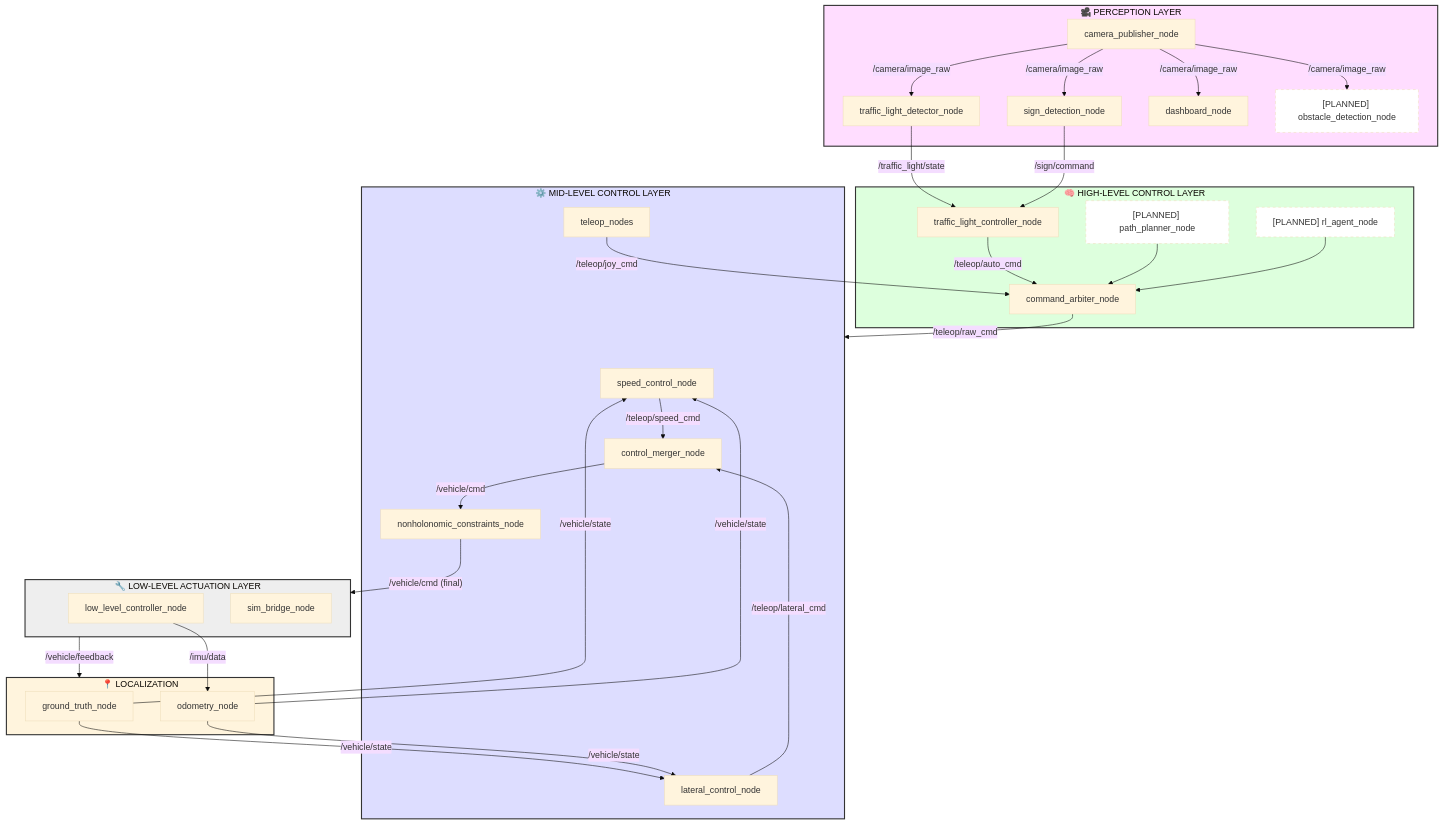
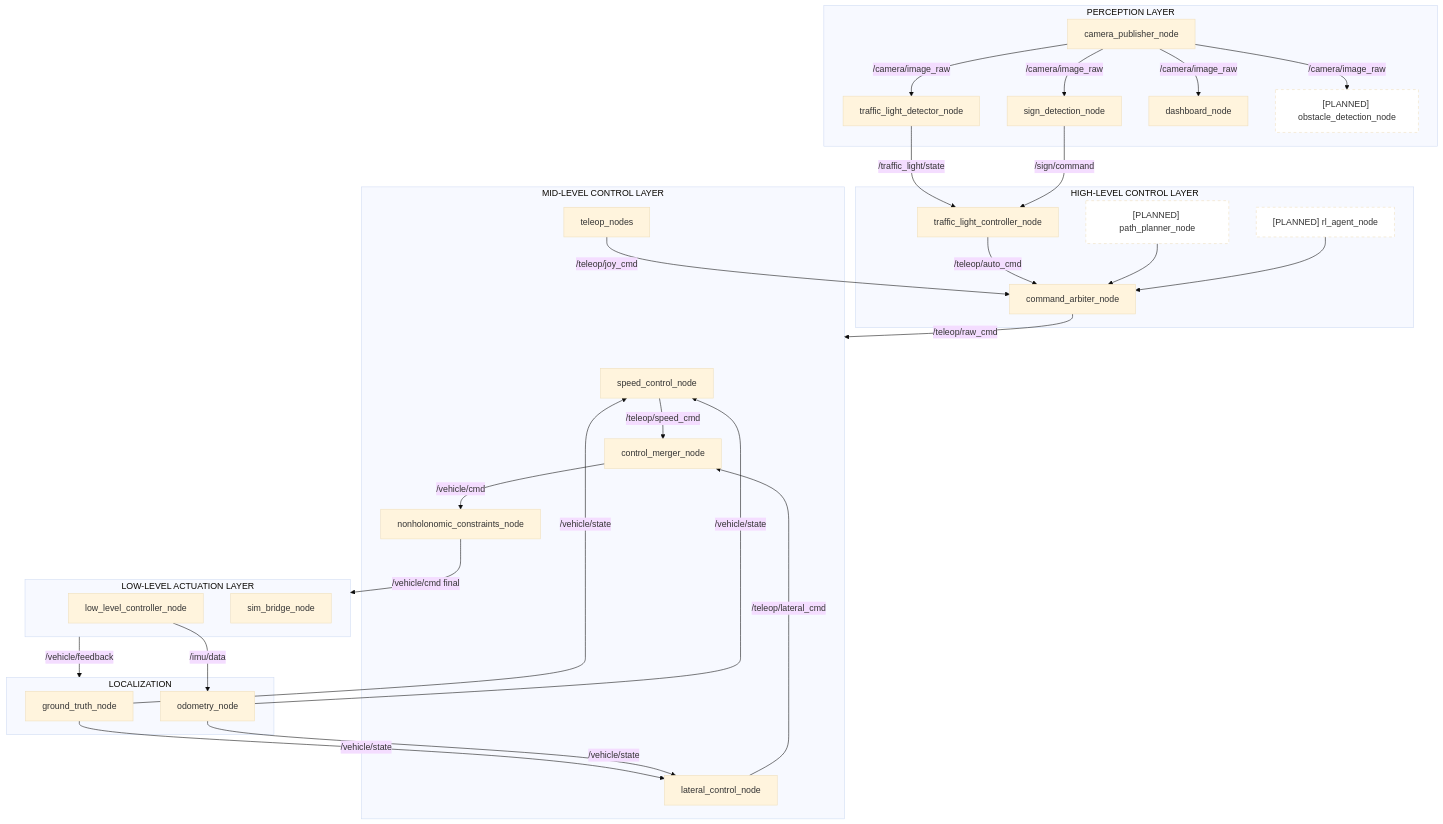
Before and after one commit to a7medm0stafa/zooba_workspace: the first of 2 diagrams in README.md, drawn with Mermaid (base theme). The commit also changed other lines of this file and 5 other files, not shown here.

````diff
--- a/README.md
+++ b/README.md
@@ -83,75 +37,67 @@
 ```mermaid
 flowchart TB
-    %% Direction: Top to Bottom
-
-    subgraph PERCEPTION ["🎥 PERCEPTION LAYER"]
-        style PERCEPTION fill:#fdf,stroke:#333,stroke-width:2px
+    subgraph PERCEPTION [PERCEPTION LAYER]
         CPN[camera_publisher_node]
         TLD[traffic_light_detector_node]
         SDN[sign_detection_node]
         DBN[dashboard_node]
         ODN["[PLANNED] obstacle_detection_node"]
         
-        CPN -- "/camera/image_raw" --> TLD
-        CPN -- "/camera/image_raw" --> SDN
-        CPN -- "/camera/image_raw" --> DBN
-        CPN -- "/camera/image_raw" --> ODN
+        CPN -->|/camera/image_raw| TLD
+        CPN -->|/camera/image_raw| SDN
+        CPN -->|/camera/image_raw| DBN
+        CPN -->|/camera/image_raw| ODN
     end
 
-    subgraph HIGH_LEVEL ["🧠 HIGH-LEVEL CONTROL LAYER"]
-        style HIGH_LEVEL fill:#dfd,stroke:#333,stroke-width:2px
+    subgraph HIGH_LEVEL [HIGH-LEVEL CONTROL LAYER]
         TLC[traffic_light_controller_node]
         ARB[command_arbiter_node]
         PPN["[PLANNED] path_planner_node"]
         RLA["[PLANNED] rl_agent_node"]
     end
 
-    subgraph MID_LEVEL ["⚙️ MID-LEVEL CONTROL LAYER"]
-        style MID_LEVEL fill:#ddf,stroke:#333,stroke-width:2px
+    subgraph MID_LEVEL [MID-LEVEL CONTROL LAYER]
         SCN[speed_control_node]
         LCN[lateral_control_node]
         CMN[control_merger_node]
         NHC[nonholonomic_constraints_node]
         TELE[teleop_nodes]
     end
 
-    subgraph LOCALIZATION ["📍 LOCALIZATION"]
-        style LOCALIZATION fill:#fff4dd,stroke:#333,stroke-width:2px
+    subgraph LOCALIZATION [LOCALIZATION]
         GTN[ground_truth_node]
         ODOM[odometry_node]
     end
 
-    subgraph ACTUATION ["🔧 LOW-LEVEL ACTUATION LAYER"]
-        style ACTUATION fill:#eee,stroke:#333,stroke-width:2px
+    subgraph ACTUATION [LOW-LEVEL ACTUATION LAYER]
         LLC[low_level_controller_node]
         SB[sim_bridge_node]
     end
 
     %% Connections
-    TLD -- "/traffic_light/state" --> TLC
-    SDN -- "/sign/command" --> TLC
+    TLD -->|/traffic_light/state| TLC
+    SDN -->|/sign/command| TLC
     
-    TLC -- "/teleop/auto_cmd" --> ARB
+    TLC -->|/teleop/auto_cmd| ARB
     PPN --> ARB
     RLA --> ARB
     
-    ARB -- "/teleop/raw_cmd" --> MID_LEVEL
-    TELE -- "/teleop/joy_cmd" --> ARB
+    ARB -->|/teleop/raw_cmd| MID_LEVEL
+    TELE -->|/teleop/joy_cmd| ARB
 
-    SCN -- "/teleop/speed_cmd" --> CMN
-    LCN -- "/teleop/lateral_cmd" --> CMN
-    CMN -- "/vehicle/cmd" --> NHC
-    NHC -- "/vehicle/cmd (final)" --> ACTUATION
+    SCN -->|/teleop/speed_cmd| CMN
+    LCN -->|/teleop/lateral_cmd| CMN
+    CMN -->|/vehicle/cmd| NHC
+    NHC -->|/vehicle/cmd final| ACTUATION
     
-    GTN -- "/vehicle/state" --> SCN
-    GTN -- "/vehicle/state" --> LCN
-    ODOM -- "/vehicle/state" --> SCN
-    ODOM -- "/vehicle/state" --> LCN
+    GTN -->|/vehicle/state| SCN
+    GTN -->|/vehicle/state| LCN
+    ODOM -->|/vehicle/state| SCN
+    ODOM -->|/vehicle/state| LCN
     
-    ACTUATION -- "/vehicle/feedback" --> LOCALIZATION
-    LLC -- "/imu/data" --> ODOM
+    ACTUATION -->|/vehicle/feedback| LOCALIZATION
+    LLC -->|/imu/data| ODOM
 
-    %% Styling specific nodes
     classDef planned fill:#fff,stroke-dasharray: 5 5;
     class ODN,PPN,RLA planned
 ```
````
